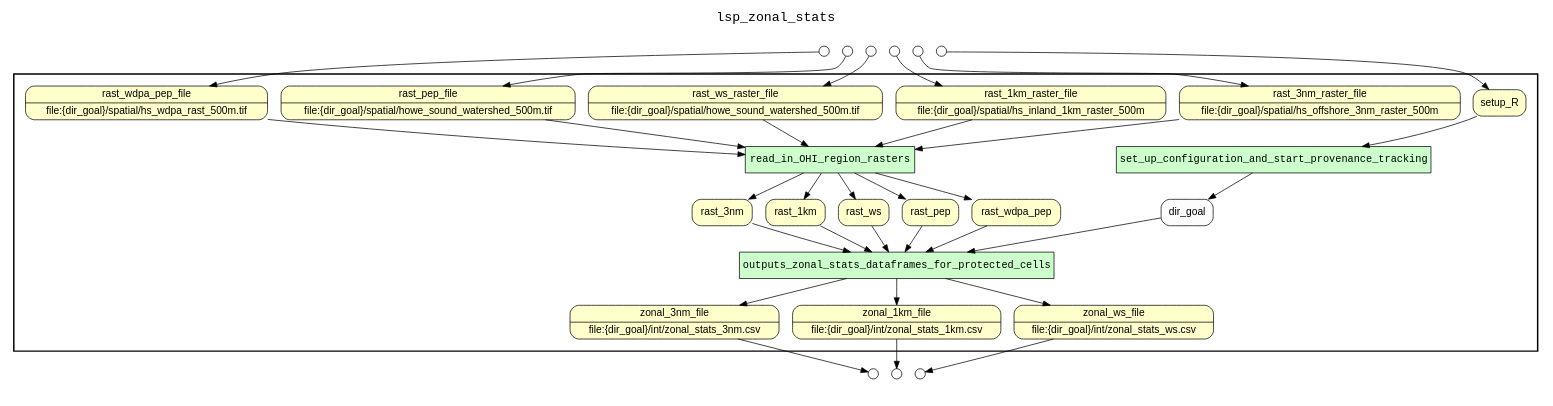
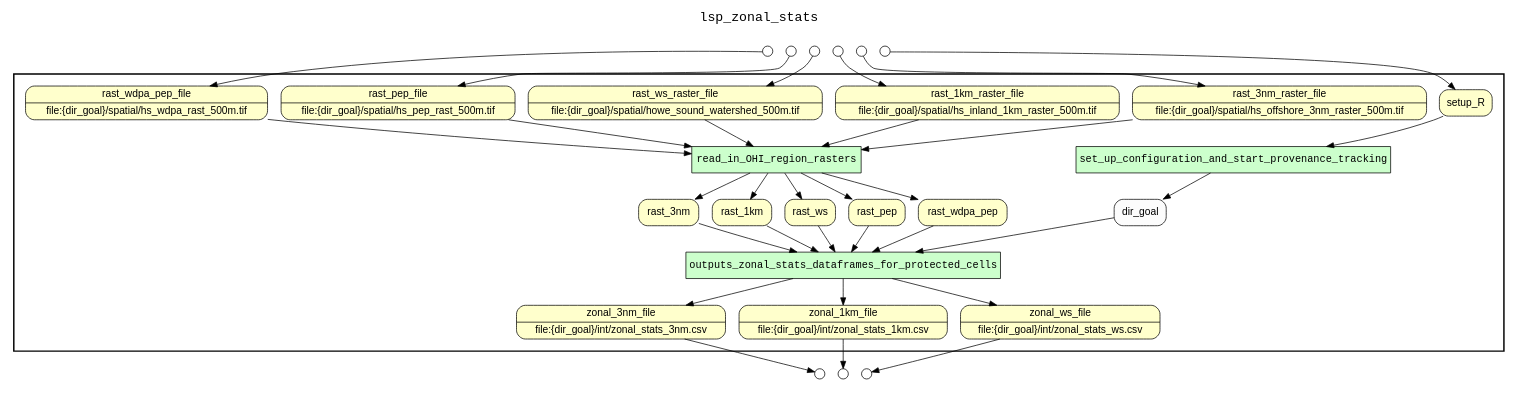
Before and after one commit to sycao5/runManager-multipleRuns: the diagram in examples/OHIBC_Howe_Sound/yw prospective figures only/results/lsp_zonal_stats_complete_wf_graph_uri.gv, drawn with Graphviz. The commit also changed 106 other files, not shown here.

Commit message:
Update YW WF graphs for lsp_zonal_stats.R, estimate_status_and_trend_by_year.R, and combine_inland_offshore.R

```diff
--- a/examples/OHIBC_Howe_Sound/yw prospective figures only/results/lsp_zonal_stats_complete_wf_graph_uri.gv
+++ b/examples/OHIBC_Howe_Sound/yw prospective figures only/results/lsp_zonal_stats_complete_wf_graph_uri.gv
@@ -1,76 +1,76 @@
 digraph Workflow {
 rankdir=TB
 fontname=Courier; fontsize=18; labelloc=t
 label=lsp_zonal_stats
 subgraph cluster_workflow_box_outer { label=""; color=black; penwidth=2
 subgraph cluster_workflow_box_inner { label=""; color=white
 node[shape=box style=filled fillcolor="#CCFFCC" peripheries=1 fontname=Courier]
 set_up_configuration_and_start_provenance_tracking
 read_in_OHI_region_rasters
 outputs_zonal_stats_dataframes_for_protected_cells
 node[shape=box style="rounded,filled" fillcolor="#FFFFCC" peripheries=1 fontname=Helvetica]
 zonal_3nm_file [shape=record rankdir=LR label="{<f0> zonal_3nm_file |<f1> file\:\{dir_goal\}/int/zonal_stats_3nm.csv}"];
 zonal_1km_file [shape=record rankdir=LR label="{<f0> zonal_1km_file |<f1> file\:\{dir_goal\}/int/zonal_stats_1km.csv}"];
 zonal_ws_file [shape=record rankdir=LR label="{<f0> zonal_ws_file |<f1> file\:\{dir_goal\}/int/zonal_stats_ws.csv}"];
 setup_R
-rast_3nm_raster_file [shape=record rankdir=LR label="{<f0> rast_3nm_raster_file |<f1> file\:\{dir_goal\}/spatial/hs_offshore_3nm_raster_500m}"];
-rast_1km_raster_file [shape=record rankdir=LR label="{<f0> rast_1km_raster_file |<f1> file\:\{dir_goal\}/spatial/hs_inland_1km_raster_500m}"];
+rast_3nm_raster_file [shape=record rankdir=LR label="{<f0> rast_3nm_raster_file |<f1> file\:\{dir_goal\}/spatial/hs_offshore_3nm_raster_500m.tif}"];
+rast_1km_raster_file [shape=record rankdir=LR label="{<f0> rast_1km_raster_file |<f1> file\:\{dir_goal\}/spatial/hs_inland_1km_raster_500m.tif}"];
 rast_ws_raster_file [shape=record rankdir=LR label="{<f0> rast_ws_raster_file |<f1> file\:\{dir_goal\}/spatial/howe_sound_watershed_500m.tif}"];
-rast_pep_file [shape=record rankdir=LR label="{<f0> rast_pep_file |<f1> file\:\{dir_goal\}/spatial/howe_sound_watershed_500m.tif}"];
+rast_pep_file [shape=record rankdir=LR label="{<f0> rast_pep_file |<f1> file\:\{dir_goal\}/spatial/hs_pep_rast_500m.tif}"];
 rast_wdpa_pep_file [shape=record rankdir=LR label="{<f0> rast_wdpa_pep_file |<f1> file\:\{dir_goal\}/spatial/hs_wdpa_rast_500m.tif}"];
 rast_3nm
 rast_1km
 rast_ws
 rast_pep
 rast_wdpa_pep
 node[shape=box style="rounded,filled" fillcolor="#FCFCFC" peripheries=1 fontname=Helvetica]
 dir_goal
 set_up_configuration_and_start_provenance_tracking -> dir_goal
 setup_R -> set_up_configuration_and_start_provenance_tracking
 read_in_OHI_region_rasters -> rast_3nm
 read_in_OHI_region_rasters -> rast_1km
 read_in_OHI_region_rasters -> rast_ws
 read_in_OHI_region_rasters -> rast_pep
 read_in_OHI_region_rasters -> rast_wdpa_pep
 rast_3nm_raster_file -> read_in_OHI_region_rasters
 rast_1km_raster_file -> read_in_OHI_region_rasters
 rast_ws_raster_file -> read_in_OHI_region_rasters
 rast_pep_file -> read_in_OHI_region_rasters
 rast_wdpa_pep_file -> read_in_OHI_region_rasters
 outputs_zonal_stats_dataframes_for_protected_cells -> zonal_3nm_file
 outputs_zonal_stats_dataframes_for_protected_cells -> zonal_1km_file
 outputs_zonal_stats_dataframes_for_protected_cells -> zonal_ws_file
 dir_goal -> outputs_zonal_stats_dataframes_for_protected_cells
 rast_3nm -> outputs_zonal_stats_dataframes_for_protected_cells
 rast_1km -> outputs_zonal_stats_dataframes_for_protected_cells
 rast_ws -> outputs_zonal_stats_dataframes_for_protected_cells
 rast_pep -> outputs_zonal_stats_dataframes_for_protected_cells
 rast_wdpa_pep -> outputs_zonal_stats_dataframes_for_protected_cells
 }}
 subgraph cluster_input_ports_group_outer { label=""; color=white
 subgraph cluster_input_ports_group_inner { label=""; color=white
 node[shape=circle style="rounded,filled" fillcolor="#FFFFFF" peripheries=1 fontname=Helvetica width=0.2]
 setup_R_input_port [label=""]
 rast_3nm_raster_file_input_port [label=""]
 rast_1km_raster_file_input_port [label=""]
 rast_ws_raster_file_input_port [label=""]
 rast_pep_file_input_port [label=""]
 rast_wdpa_pep_file_input_port [label=""]
 }}
 subgraph cluster_output_ports_group_outer { label=""; color=white
 subgraph cluster_output_ports_group_inner { label=""; color=white
 node[shape=circle style="rounded,filled" fillcolor="#FFFFFF" peripheries=1 fontname=Helvetica width=0.2]
 zonal_3nm_file_output_port [label=""]
 zonal_1km_file_output_port [label=""]
 zonal_ws_file_output_port [label=""]
 }}
 setup_R_input_port -> setup_R
 rast_3nm_raster_file_input_port -> rast_3nm_raster_file
 rast_1km_raster_file_input_port -> rast_1km_raster_file
 rast_ws_raster_file_input_port -> rast_ws_raster_file
 rast_pep_file_input_port -> rast_pep_file
 rast_wdpa_pep_file_input_port -> rast_wdpa_pep_file
 zonal_3nm_file -> zonal_3nm_file_output_port
 zonal_1km_file -> zonal_1km_file_output_port
 zonal_ws_file -> zonal_ws_file_output_port
 }
```
